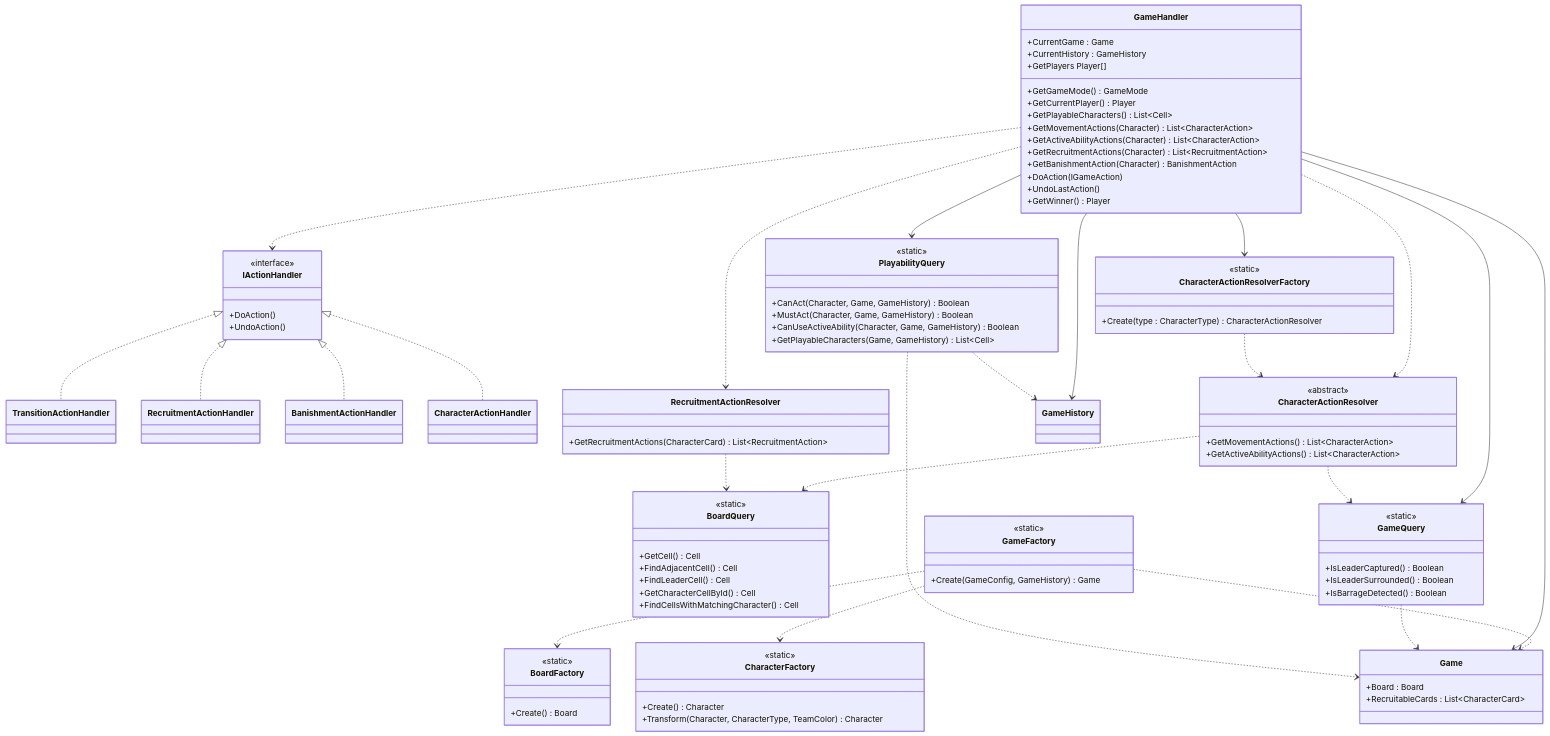
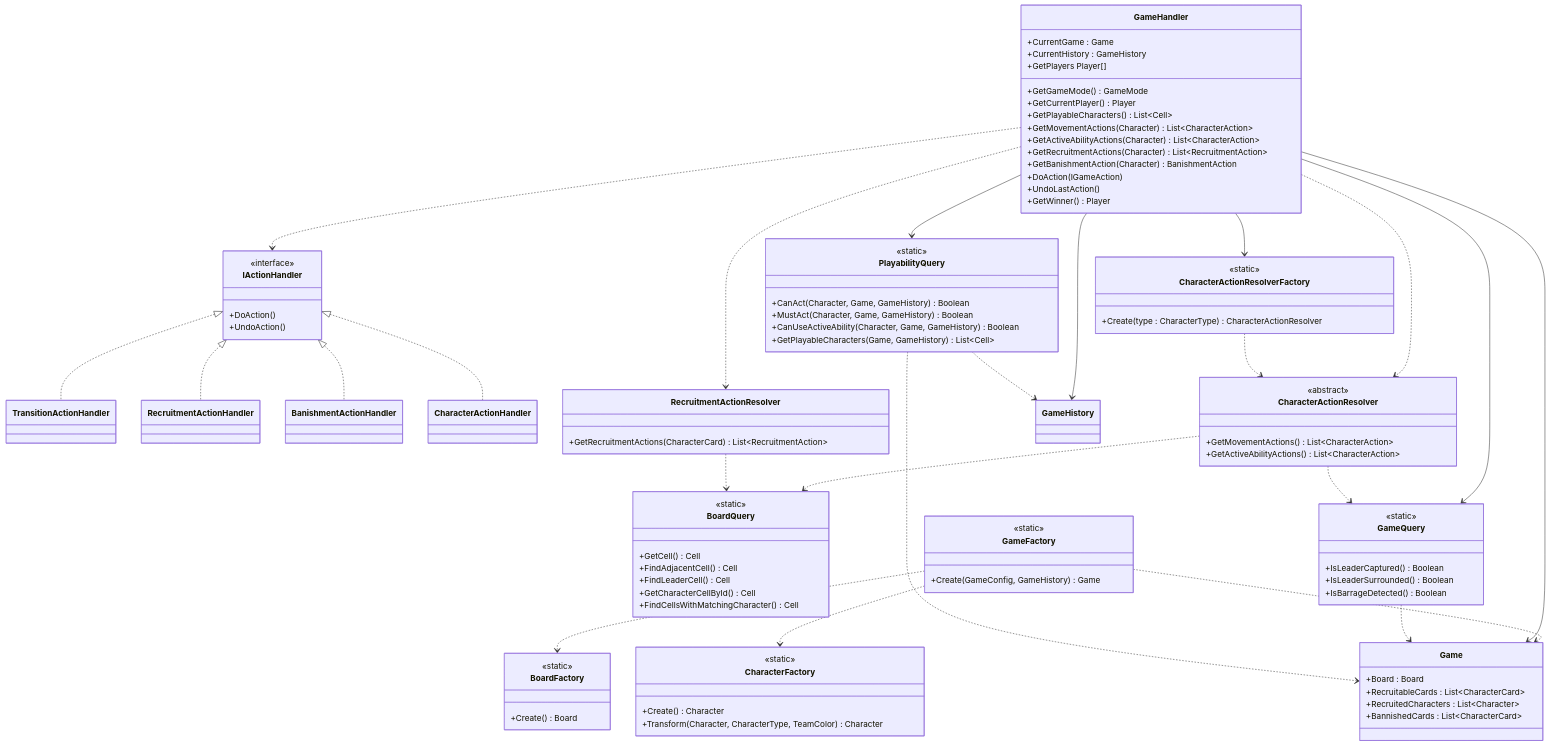
Before and after one commit to PaulRosselle/leaders_board_game: the diagram in docs/GameLogic/uml_logic_gamelogic.mmd, drawn with Mermaid. The commit also changed 4 other files, not shown here.

```diff
--- a/docs/GameLogic/uml_logic_gamelogic.mmd
+++ b/docs/GameLogic/uml_logic_gamelogic.mmd
@@ -1,123 +1,125 @@
 classDiagram
     direction TB
 
     %% Game
     class Game {
         +Board : Board
         +RecruitableCards : List~CharacterCard~
+        +RecruitedCharacters : List~Character~
+        +BannishedCards : List~CharacterCard~
     }
 
     %% Handlers
     class IActionHandler {
         <<interface>>
         +DoAction()
         +UndoAction()
     }
     class TransitionActionHandler
     class RecruitmentActionHandler
     class BanishmentActionHandler
     class CharacterActionHandler
 
     %% Resolvers
     class CharacterActionResolver {
         <<abstract>>
         +GetMovementActions() List~CharacterAction~
         +GetActiveAbilityActions() List~CharacterAction~
     }
 
     class RecruitmentActionResolver {
         +GetRecruitmentActions(CharacterCard) List~RecruitmentAction~
     }
 
     %% Queries
     class BoardQuery {
         <<static>>
         +GetCell() Cell
         +FindAdjacentCell() Cell
         +FindLeaderCell() Cell
         +GetCharacterCellById() Cell
         +FindCellsWithMatchingCharacter() Cell
     }
 
     class GameQuery {
         <<static>>
         +IsLeaderCaptured() Boolean
         +IsLeaderSurrounded() Boolean
         +IsBarrageDetected() Boolean
     }
 
     class PlayabilityQuery {
         <<static>>
         +CanAct(Character, Game, GameHistory) Boolean
         +MustAct(Character, Game, GameHistory) Boolean
         +CanUseActiveAbility(Character, Game, GameHistory) Boolean
         +GetPlayableCharacters(Game, GameHistory) List~Cell~
     }
 
     %% Factories
     class BoardFactory {
         <<static>>
         +Create() Board
     }
     class GameFactory {
         <<static>>
         +Create(GameConfig, GameHistory) Game
     }
     class CharacterFactory {
         <<static>>
         +Create() Character
         +Transform(Character, CharacterType, TeamColor) Character
     }
     class CharacterActionResolverFactory {
         <<static>>
         +Create(type : CharacterType) CharacterActionResolver
     }
 
     %% GameHandler
     class GameHandler {
         +CurrentGame : Game
         +CurrentHistory : GameHistory
         +GetGameMode() GameMode
         +GetPlayers Player[]
         +GetCurrentPlayer() Player
         +GetPlayableCharacters() List~Cell~
         +GetMovementActions(Character) List~CharacterAction~
         +GetActiveAbilityActions(Character) List~CharacterAction~
         +GetRecruitmentActions(Character) List~RecruitmentAction~
         +GetBanishmentAction(Character) BanishmentAction
         +DoAction(IGameAction)
         +UndoLastAction()
         +GetWinner() Player
     }
 
     %% Héritage handlers
     IActionHandler <|.. TransitionActionHandler
     IActionHandler <|.. RecruitmentActionHandler
     IActionHandler <|.. BanishmentActionHandler
     IActionHandler <|.. CharacterActionHandler
 
     %% GameFactory
     GameFactory ..> BoardFactory
     GameFactory ..> CharacterFactory
     GameFactory ..> Game
 
     %% GameHandler
     GameHandler --> Game
     GameHandler --> GameHistory
     GameHandler --> CharacterActionResolverFactory
     GameHandler ..> CharacterActionResolver
     GameHandler ..> RecruitmentActionResolver
     GameHandler ..> IActionHandler
     GameHandler --> GameQuery
     GameHandler --> PlayabilityQuery
 
     %% Resolvers
     CharacterActionResolver ..> BoardQuery
     CharacterActionResolver ..> GameQuery
     RecruitmentActionResolver ..> BoardQuery
     CharacterActionResolverFactory ..> CharacterActionResolver
 
     %% Queries
     GameQuery ..> Game
     PlayabilityQuery ..> Game
     PlayabilityQuery ..> GameHistory
```
